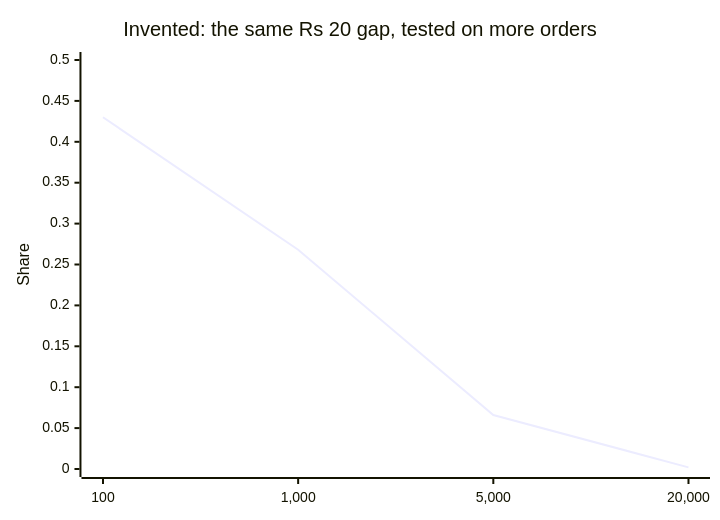
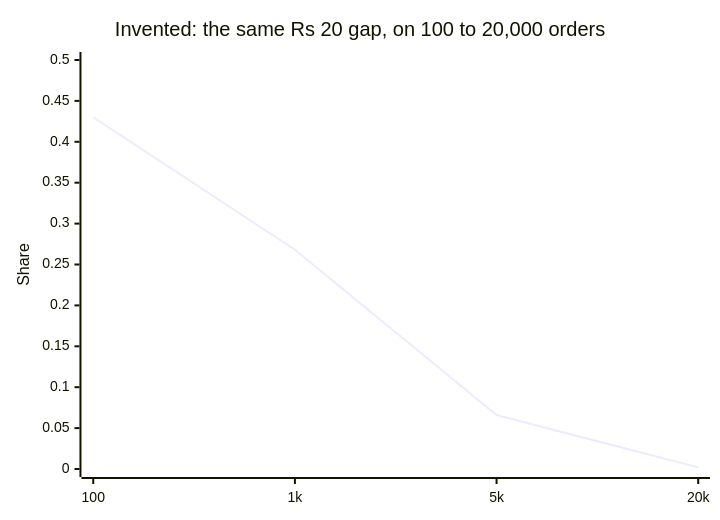
Diagram 13 of 27 in content/W01/D4/slides/C2_W01_D04_half1_STUDENT.md (fde-academy-lab/c2-content-factory), drawn with Mermaid before and after one commit. The commit also changed other lines of this file and 2 other files, not shown here.

````diff
--- a/content/W01/D4/slides/C2_W01_D04_half1_STUDENT.md
+++ b/content/W01/D4/slides/C2_W01_D04_half1_STUDENT.md
@@ -778,7 +772,7 @@
 ```mermaid
 xychart-beta
-    title "Invented: the same Rs 20 gap, tested on more orders"
-    x-axis ["100", "1,000", "5,000", "20,000"]
+    title "Invented: the same Rs 20 gap, on 100 to 20,000 orders"
+    x-axis ["100", "1k", "5k", "20k"]
     y-axis "Share" 0 --> 0.5
     line [0.430, 0.268, 0.066, 0.002]
 ```
````
